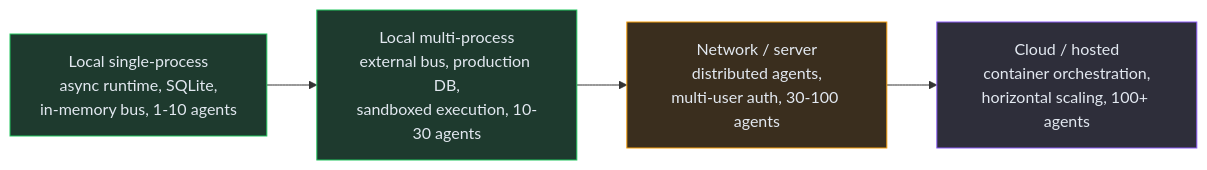
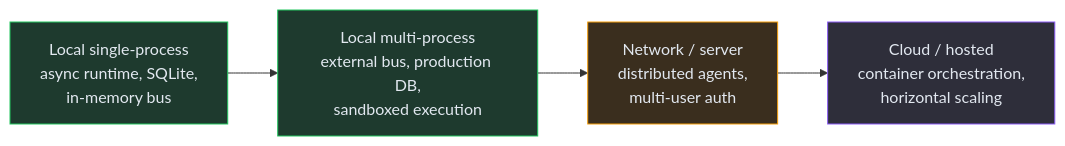
One commit to Aureliolo/synthorg changed the diagram in docs/roadmap/future-vision.md. Above: the diagram before and after it, drawn with Mermaid. The commit also changed other lines of this file and 140 other files, not shown here.

````diff
--- a/docs/roadmap/future-vision.md
+++ b/docs/roadmap/future-vision.md
@@ -30,18 +45,18 @@
 ```mermaid
 flowchart LR
-    P1["Local single-process<br/>async runtime, SQLite,<br/>in-memory bus, 1-10 agents"]
-    P2["Local multi-process<br/>external bus, production DB,<br/>sandboxed execution, 10-30 agents"]
-    P3["Network / server<br/>distributed agents,<br/>multi-user auth, 30-100 agents"]
-    P4["Cloud / hosted<br/>container orchestration,<br/>horizontal scaling, 100+ agents"]
+    P1["Local single-process<br/>async runtime, SQLite,<br/>in-memory bus"]
+    P2["Local multi-process<br/>external bus, production DB,<br/>sandboxed execution"]
+    P3["Network / server<br/>distributed agents,<br/>multi-user auth"]
+    P4["Cloud / hosted<br/>container orchestration,<br/>horizontal scaling"]
 
     P1 --> P2 --> P3 --> P4
 
-    P1:::shipped
-    P2:::shipped
+    P1:::built
+    P2:::built
     P3:::planned
     P4:::backlog
 
-    classDef shipped fill:#1e3a2e,stroke:#22c55e,color:#e2e8f0
+    classDef built fill:#1e3a2e,stroke:#22c55e,color:#e2e8f0
     classDef planned fill:#3a2e1e,stroke:#f59e0b,color:#e2e8f0
     classDef backlog fill:#2e2e3a,stroke:#8b5cf6,color:#e2e8f0
 ```
````
